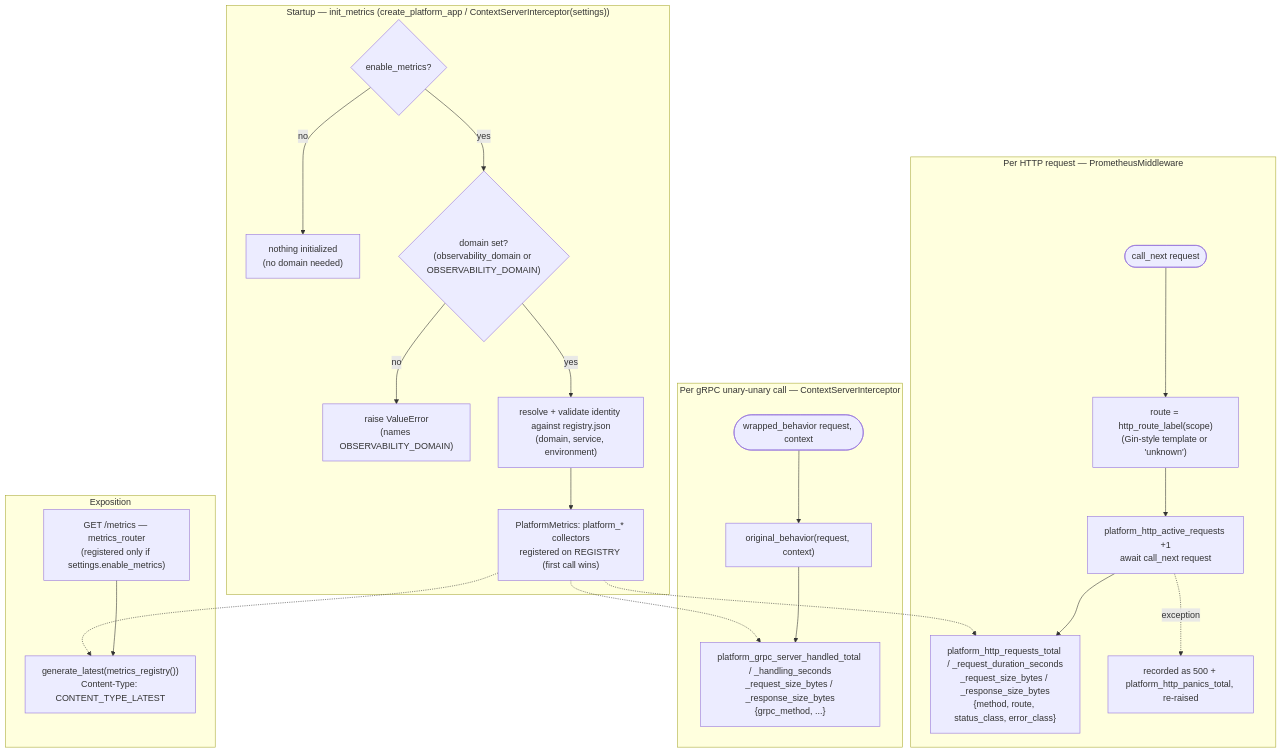
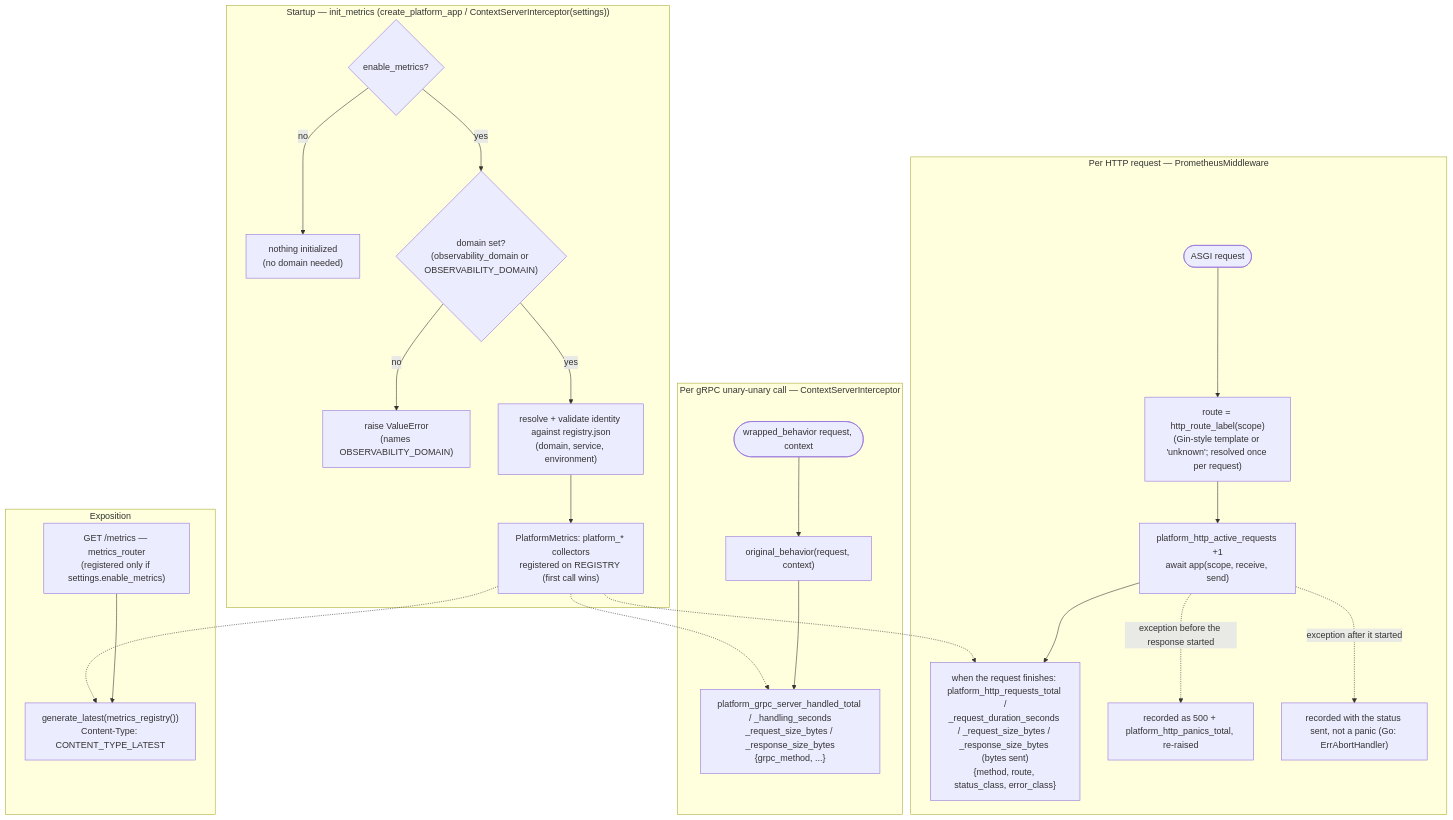
One commit to BCBP-SOLUTIONS-FZC-LLC/platform-fastapicommon changed the diagram in docs/architecture/mermaid/metrics-flow.mmd. Above: the diagram before and after it, drawn with Mermaid. The commit also changed 19 other files, not shown here.

```diff
--- a/docs/architecture/mermaid/metrics-flow.mmd
+++ b/docs/architecture/mermaid/metrics-flow.mmd
@@ -1,29 +1,30 @@
 flowchart TD
     subgraph init["Startup — init_metrics (create_platform_app / ContextServerInterceptor(settings))"]
         A0{"enable_metrics?"} -->|no| A1["nothing initialized\n(no domain needed)"]
         A0 -->|yes| A2{"domain set?\n(observability_domain or OBSERVABILITY_DOMAIN)"}
         A2 -->|no| AX["raise ValueError\n(names OBSERVABILITY_DOMAIN)"]
         A2 -->|yes| A3["resolve + validate identity against registry.json\n(domain, service, environment)"]
         A3 --> A["PlatformMetrics: platform_* collectors\nregistered on REGISTRY (first call wins)"]
     end
 
     subgraph http["Per HTTP request — PrometheusMiddleware"]
-        B([call_next request]) --> C["route = http_route_label(scope)\n(Gin-style template or 'unknown')"]
-        C --> D["platform_http_active_requests +1\nawait call_next request"]
-        D --> F["platform_http_requests_total / _request_duration_seconds\n_request_size_bytes / _response_size_bytes\n{method, route, status_class, error_class}"]
-        D -.->|exception| P["recorded as 500 + platform_http_panics_total, re-raised"]
+        B([ASGI request]) --> C["route = http_route_label(scope)\n(Gin-style template or 'unknown'; resolved once per request)"]
+        C --> D["platform_http_active_requests +1\nawait app(scope, receive, send)"]
+        D --> F["when the request finishes: platform_http_requests_total /\n_request_duration_seconds / _request_size_bytes / _response_size_bytes (bytes sent)\n{method, route, status_class, error_class}"]
+        D -.->|exception before the response started| P["recorded as 500 + platform_http_panics_total, re-raised"]
+        D -.->|exception after it started| Q["recorded with the status sent, not a panic (Go: ErrAbortHandler)"]
     end
 
     subgraph grpcflow["Per gRPC unary-unary call — ContextServerInterceptor"]
         H([wrapped_behavior request, context]) --> I["original_behavior(request, context)"]
         I --> K["platform_grpc_server_handled_total / _handling_seconds\n_request_size_bytes / _response_size_bytes\n{grpc_method, ...}"]
     end
 
     subgraph expose["Exposition"]
         M["GET /metrics — metrics_router\n(registered only if settings.enable_metrics)"]
         M --> N["generate_latest(metrics_registry())\nContent-Type: CONTENT_TYPE_LATEST"]
     end
 
     A -.-> F
     A -.-> K
     A -.-> N
```
